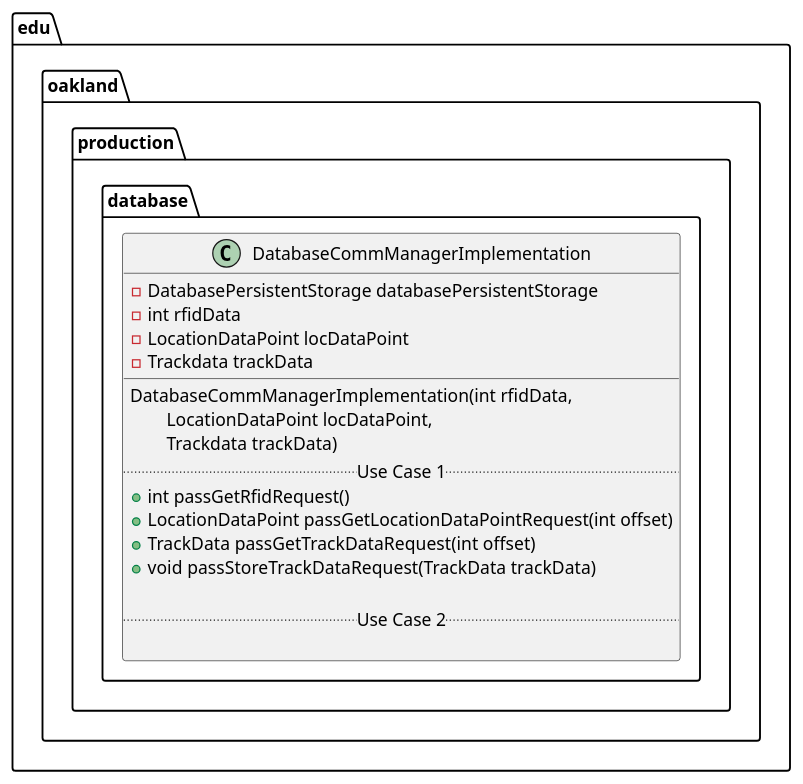
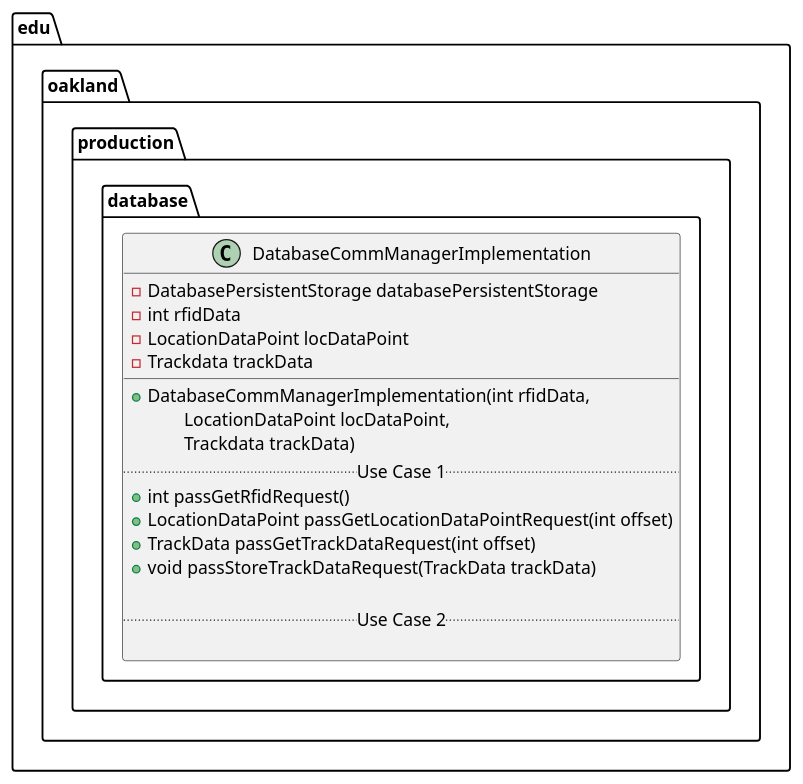
Before and after one commit to andrewdimmer/csi-3370-software-project: the diagram in docs/uml-class-diagrams/database/production/DatabaseCommManagerImplementation/DatabaseCommManagerImplementation.puml, drawn with PlantUML.

```diff
--- a/docs/uml-class-diagrams/database/production/DatabaseCommManagerImplementation/DatabaseCommManagerImplementation.puml
+++ b/docs/uml-class-diagrams/database/production/DatabaseCommManagerImplementation/DatabaseCommManagerImplementation.puml
@@ -1,24 +1,24 @@
 @startuml DatabaseCommManagerImplementation
 
 package edu.oakland.production.database {
     class DatabaseCommManagerImplementation {
         - DatabasePersistentStorage databasePersistentStorage
         - int rfidData
         - LocationDataPoint locDataPoint
         - Trackdata trackData
         __
-        DatabaseCommManagerImplementation(int rfidData,
+        + DatabaseCommManagerImplementation(int rfidData,
          \tLocationDataPoint locDataPoint,
          \tTrackdata trackData)
         .. Use Case 1 ..
         + int passGetRfidRequest()
         + LocationDataPoint passGetLocationDataPointRequest(int offset)
         + TrackData passGetTrackDataRequest(int offset)
         + void passStoreTrackDataRequest(TrackData trackData)
 
         .. Use Case 2 ..
 
     }
 }
 
 @enduml
```
